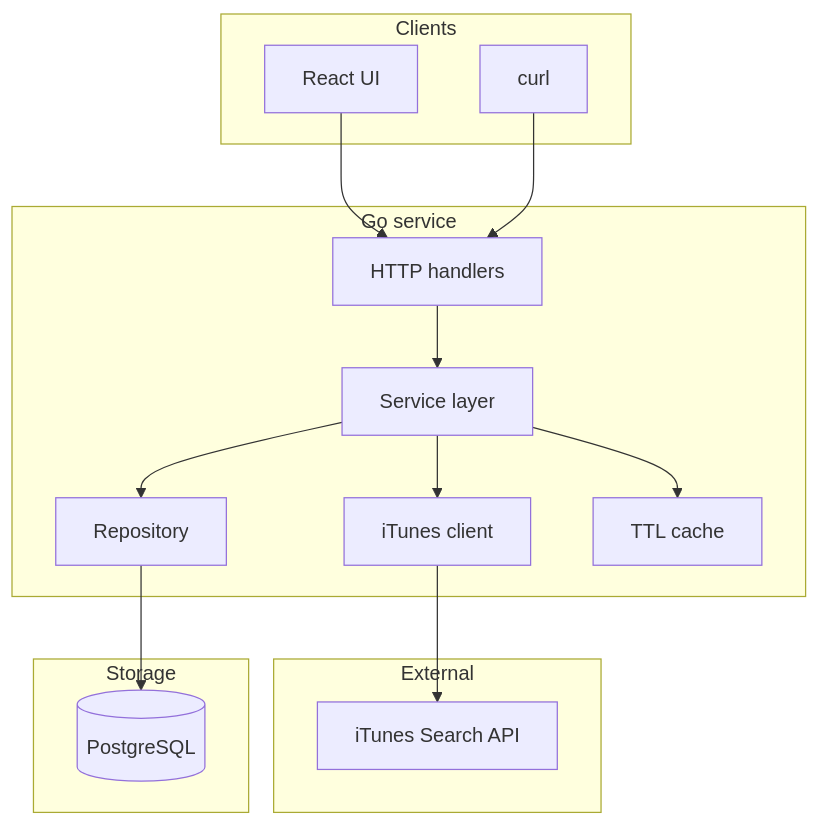
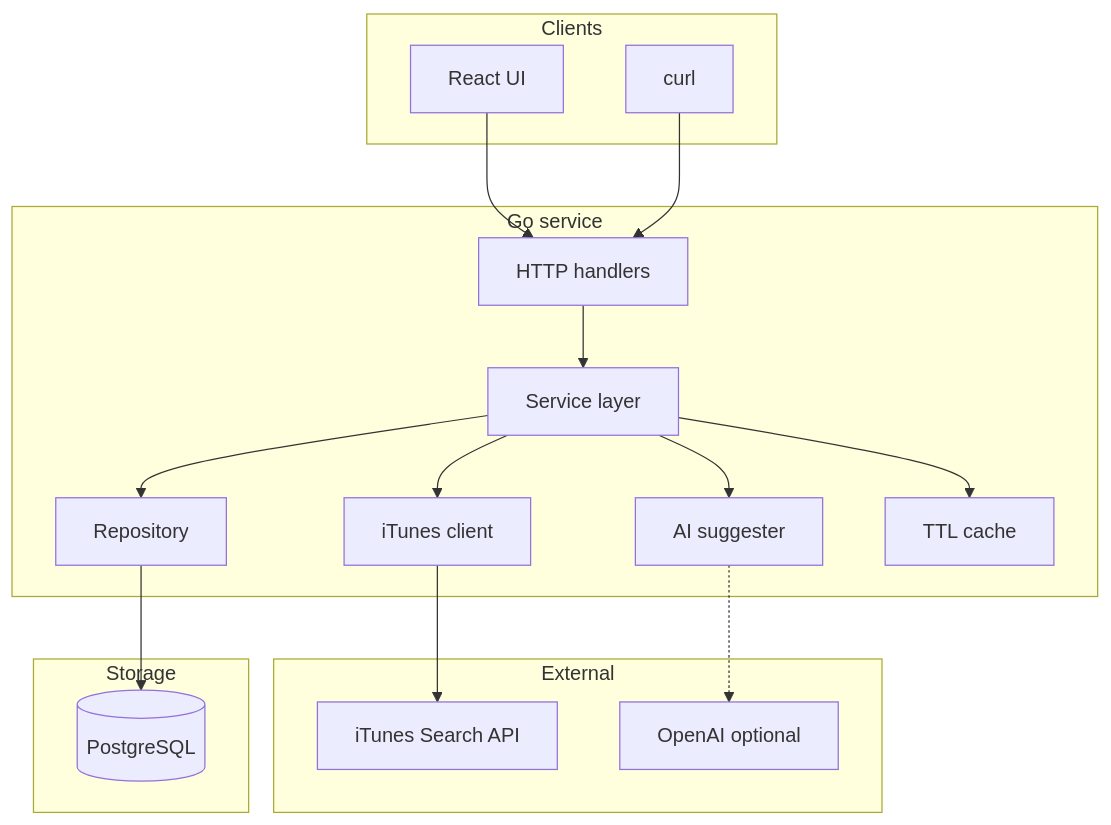
One commit to shreyamahadik9805dev/content-control-plane changed the diagram in README.md. Above: the diagram before and after it, drawn with Mermaid. The commit also changed other lines of this file, not shown here.

````diff
--- a/README.md
+++ b/README.md
@@ -64,32 +69,36 @@
 ```mermaid
 flowchart TB
   subgraph clients [Clients]
     UI[React UI]
     CLI[curl]
   end
 
   subgraph go [Go service]
     H[HTTP handlers]
     S[Service layer]
     R[Repository]
     IT[iTunes client]
+    AI[AI suggester]
     CA[TTL cache]
   end
 
   subgraph external [External]
     ITU[iTunes Search API]
+    LLM[OpenAI optional]
   end
 
   subgraph storage [Storage]
     PG[(PostgreSQL)]
   end
 
   UI --> H
   CLI --> H
   H --> S
   S --> CA
   S --> R
   R --> PG
   S --> IT
   IT --> ITU
+  S --> AI
+  AI -.-> LLM
 ```
````
